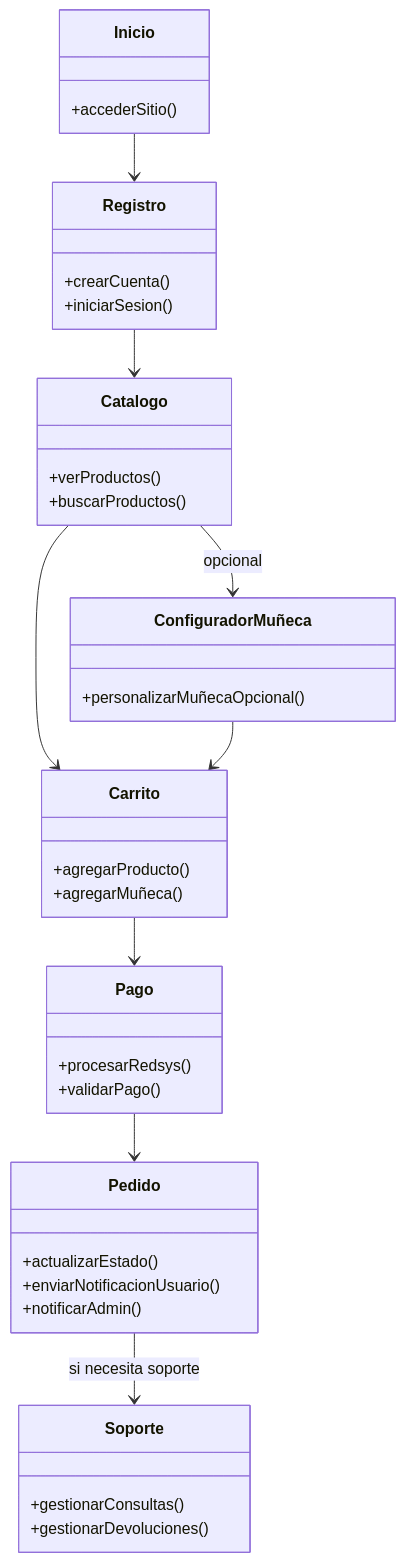
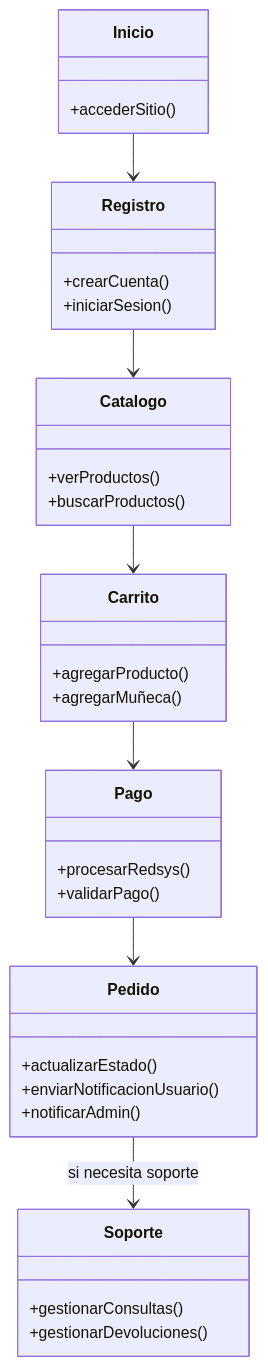
Before and after one commit to SantanaOlmo/miKiwi: the second of 2 diagrams in DiagramasDeFlujo.md, drawn with Mermaid. The commit also changed other lines of this file, not shown here.

Commit message:
Actualizo Diagramas

````diff
--- a/DiagramasDeFlujo.md
+++ b/DiagramasDeFlujo.md
@@ -86,51 +86,45 @@
 ```mermaid
 classDiagram
     class Inicio {
         +accederSitio()
     }
 
     class Registro {
         +crearCuenta()
         +iniciarSesion()
     }
 
     class Catalogo {
         +verProductos()
         +buscarProductos()
-    }
-
-    class ConfiguradorMuñeca {
-        +personalizarMuñecaOpcional()
     }
 
     class Carrito {
         +agregarProducto()
         +agregarMuñeca()
     }
 
     class Pago {
         +procesarRedsys()
         +validarPago()
     }
 
     class Pedido {
         +actualizarEstado()
         +enviarNotificacionUsuario()
         +notificarAdmin()
     }
 
     class Soporte {
         +gestionarConsultas()
         +gestionarDevoluciones()
     }
 
     Inicio --> Registro
     Registro --> Catalogo
-    Catalogo --> ConfiguradorMuñeca : opcional
     Catalogo --> Carrito
-    ConfiguradorMuñeca --> Carrito
     Carrito --> Pago
     Pago --> Pedido
     Pedido --> Soporte : si necesita soporte
 
 ```
````
